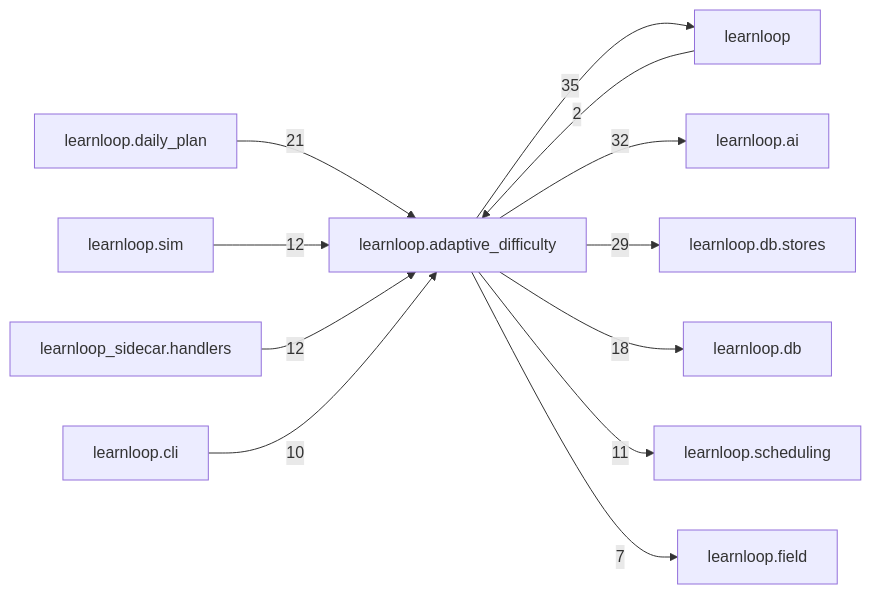
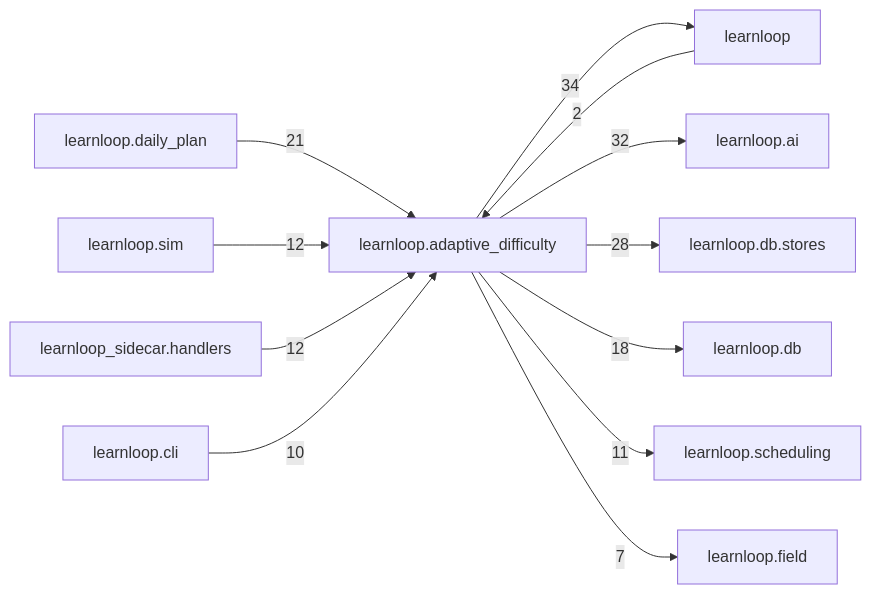
The diagram in docs/learnloop-architecture-vault/Reference/Modules/learnloop/adaptive_difficulty/_package.md (6up-b/learnanything), drawn with Mermaid before and after one commit. The commit also changed other lines of this file and 209 other files, not shown here.

````diff
--- a/docs/learnloop-architecture-vault/Reference/Modules/learnloop/adaptive_difficulty/_package.md
+++ b/docs/learnloop-architecture-vault/Reference/Modules/learnloop/adaptive_difficulty/_package.md
@@ -183,25 +183,25 @@
 ```mermaid
 flowchart LR
     center["learnloop.adaptive_difficulty"]
     n_learnloop["learnloop"]
     n_learnloop_ai["learnloop.ai"]
     n_learnloop_db_stores["learnloop.db.stores"]
     n_learnloop_daily_plan["learnloop.daily_plan"]
     n_learnloop_db["learnloop.db"]
     n_learnloop_sim["learnloop.sim"]
     n_learnloop_sidecar_handlers["learnloop_sidecar.handlers"]
     n_learnloop_scheduling["learnloop.scheduling"]
     n_learnloop_cli["learnloop.cli"]
     n_learnloop_field["learnloop.field"]
     n_learnloop -->|2| center
-    center -->|35| n_learnloop
+    center -->|34| n_learnloop
     center -->|32| n_learnloop_ai
-    center -->|29| n_learnloop_db_stores
+    center -->|28| n_learnloop_db_stores
     n_learnloop_daily_plan -->|21| center
     center -->|18| n_learnloop_db
     n_learnloop_sim -->|12| center
     n_learnloop_sidecar_handlers -->|12| center
     center -->|11| n_learnloop_scheduling
     n_learnloop_cli -->|10| center
     center -->|7| n_learnloop_field
 ```
````
